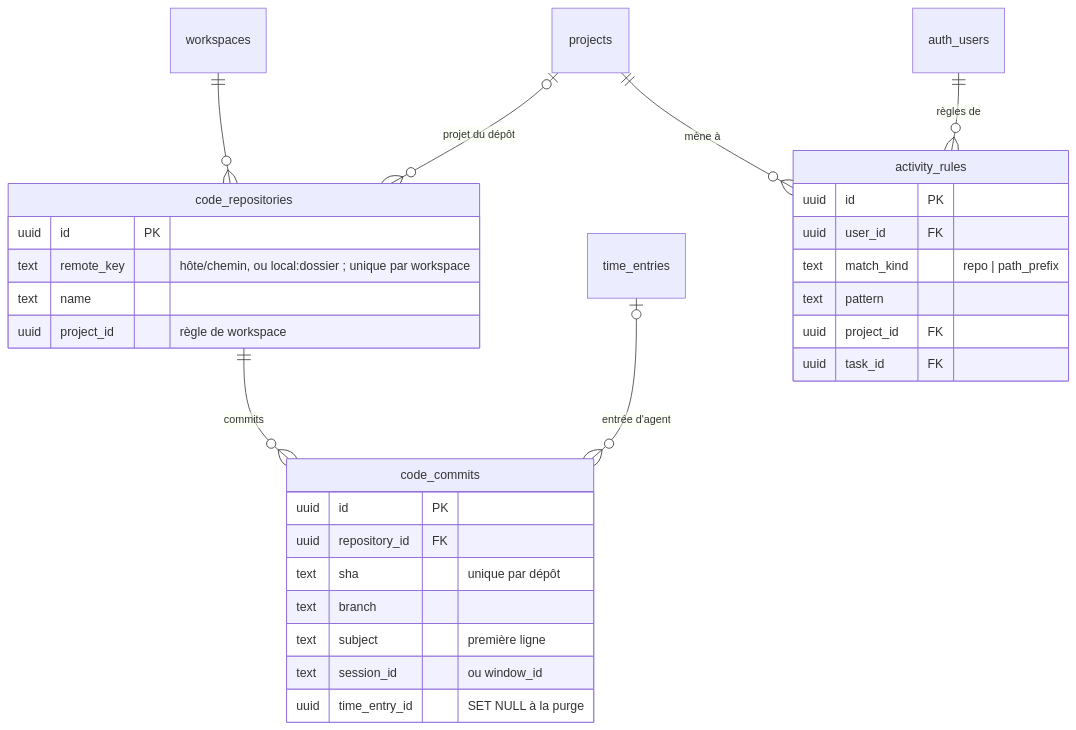
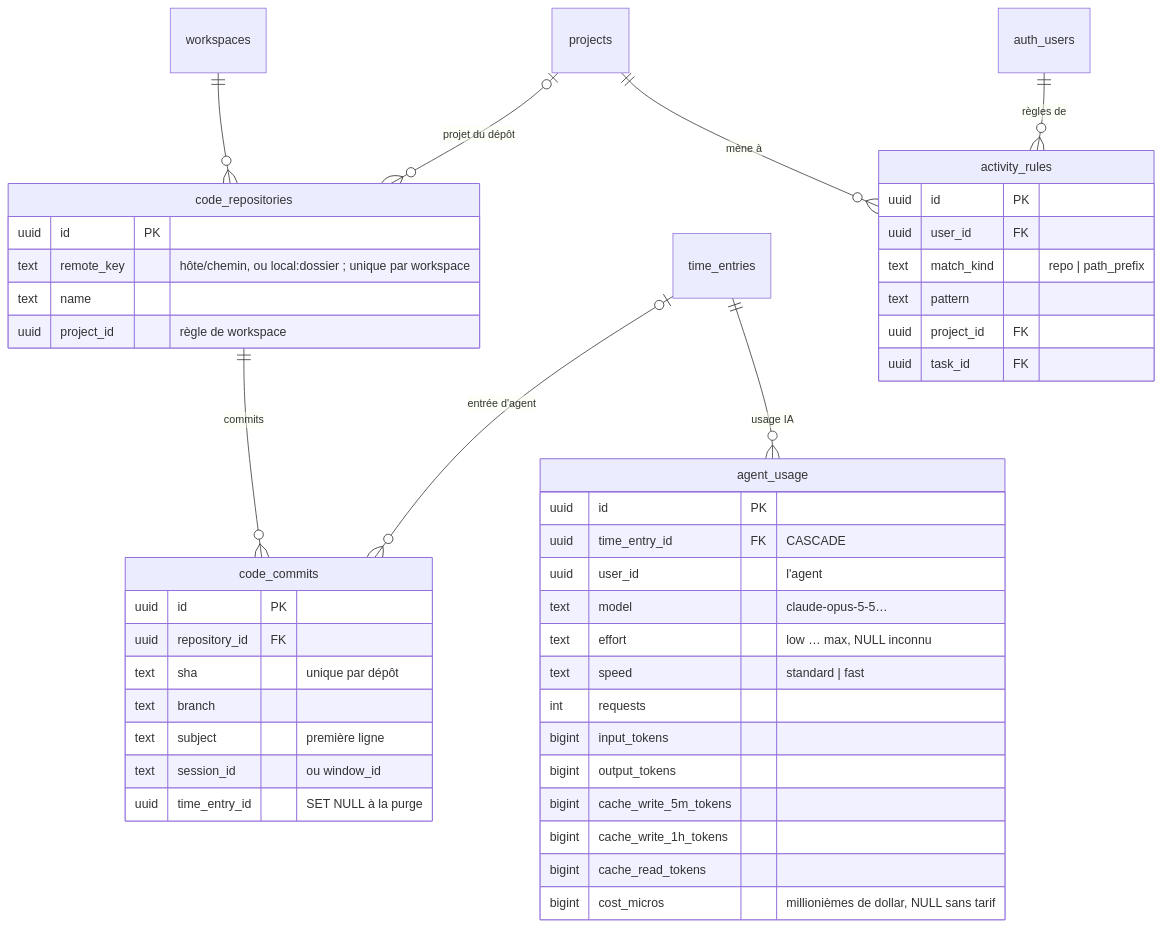
The third of 3 diagrams in docs/architecture/donnees.md (ysimonx/Clockifai), drawn with Mermaid before and after one commit. The commit also changed other lines of this file and 38 other files, not shown here.

First line of the commit message:
Plan 10, lot 7 (D17) : usage IA des entrées d'agent

````diff
--- a/docs/architecture/donnees.md
+++ b/docs/architecture/donnees.md
@@ -248,33 +248,49 @@
 ```mermaid
 erDiagram
   workspaces ||--o{ code_repositories : ""
   code_repositories ||--o{ code_commits : "commits"
   projects |o--o{ code_repositories : "projet du dépôt"
   time_entries |o--o{ code_commits : "entrée d'agent"
   auth_users ||--o{ activity_rules : "règles de"
   projects ||--o{ activity_rules : "mène à"
+  time_entries ||--o{ agent_usage : "usage IA"
 
   code_repositories {
     uuid id PK
     text remote_key "hôte/chemin, ou local:dossier ; unique par workspace"
     text name
     uuid project_id "règle de workspace"
   }
   code_commits {
     uuid id PK
     uuid repository_id FK
     text sha "unique par dépôt"
     text branch
     text subject "première ligne"
     text session_id "ou window_id"
     uuid time_entry_id "SET NULL à la purge"
   }
   activity_rules {
     uuid id PK
     uuid user_id FK
     text match_kind "repo | path_prefix"
     text pattern
     uuid project_id FK
     uuid task_id FK
   }
+  agent_usage {
+    uuid id PK
+    uuid time_entry_id FK "CASCADE"
+    uuid user_id "l'agent"
+    text model "claude-opus-5-5…"
+    text effort "low … max, NULL inconnu"
+    text speed "standard | fast"
+    int requests
+    bigint input_tokens
+    bigint output_tokens
+    bigint cache_write_5m_tokens
+    bigint cache_write_1h_tokens
+    bigint cache_read_tokens
+    bigint cost_micros "millionièmes de dollar, NULL sans tarif"
+  }
 ```
````
